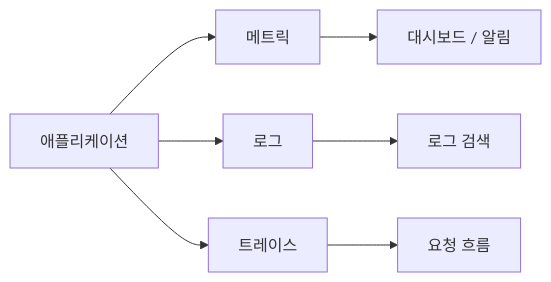
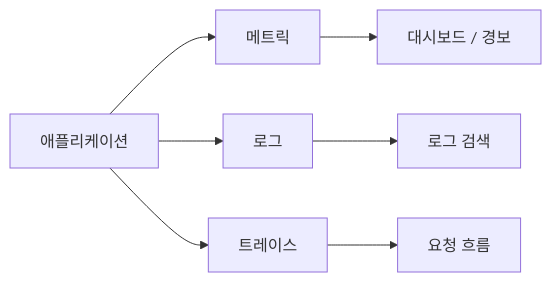
The diagram in content/observability-101/ko/01-what-is-observability.md (yeongseon-books/book-content), drawn with Mermaid before and after one commit. The commit also changed other lines of this file and 9 other files, not shown here.

````diff
--- a/content/observability-101/ko/01-what-is-observability.md
+++ b/content/observability-101/ko/01-what-is-observability.md
@@ -55,9 +49,9 @@
 ```mermaid
 flowchart LR
     App["애플리케이션"] --> Metric["메트릭"]
     App --> Log["로그"]
     App --> Trace["트레이스"]
-    Metric --> Dashboard["대시보드 / 알림"]
+    Metric --> Dashboard["대시보드 / 경보"]
     Log --> Search["로그 검색"]
     Trace --> Flow["요청 흐름"]
 ```
````
